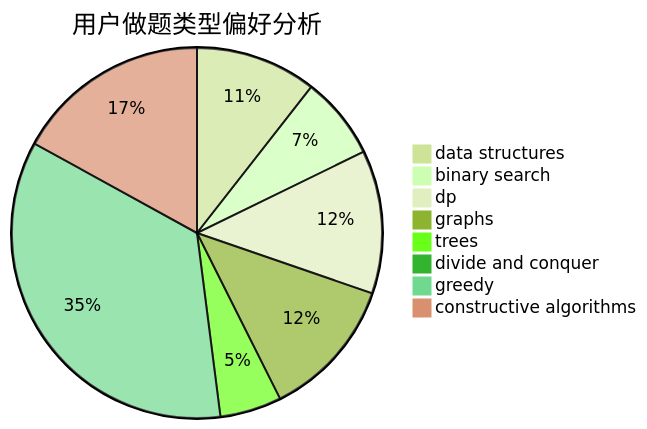
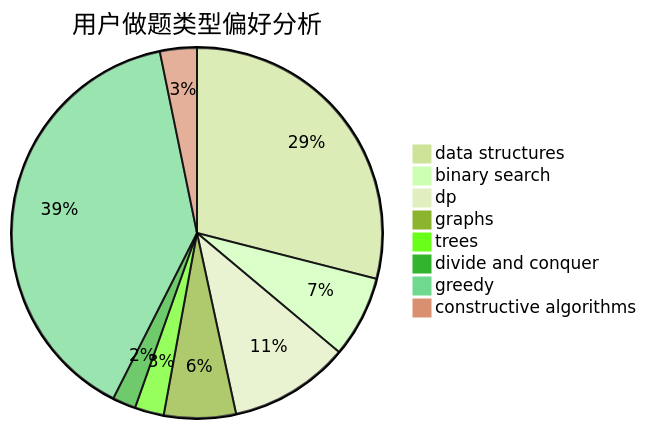
Before and after one commit to sherpahu/cfrs.github.io: the second of 3 diagrams in docs/user/u733.md, drawn with Mermaid (forest theme). The commit also changed other lines of this file and 2770 other files, not shown here.

````diff
--- a/docs/user/u733.md
+++ b/docs/user/u733.md
@@ -23,11 +23,11 @@
 ```mermaid
 pie title 用户做题类型偏好分析
-    "data structures" :  120
-    "binary search" :  82
-    "dp" :  142
-    "graphs" :  140
-    "trees" :  61
-    "divide and conquer" :  4
-    "greedy" :  398
-    "constructive algorithms" :  193
+    "data structures" :  171
+    "binary search" :  42
+    "dp" :  62
+    "graphs" :  37
+    "trees" :  15
+    "divide and conquer" :  12
+    "greedy" :  232
+    "constructive algorithms" :  19
 ```
````
